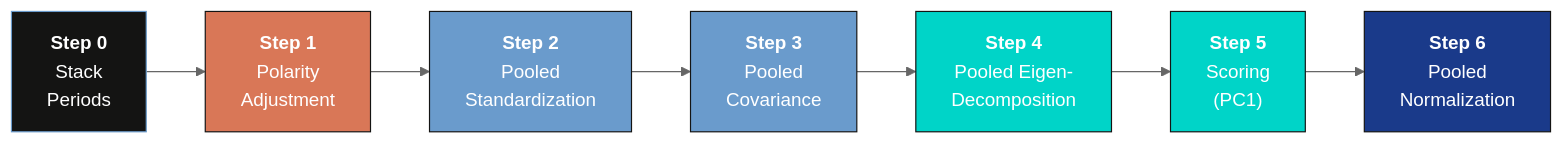
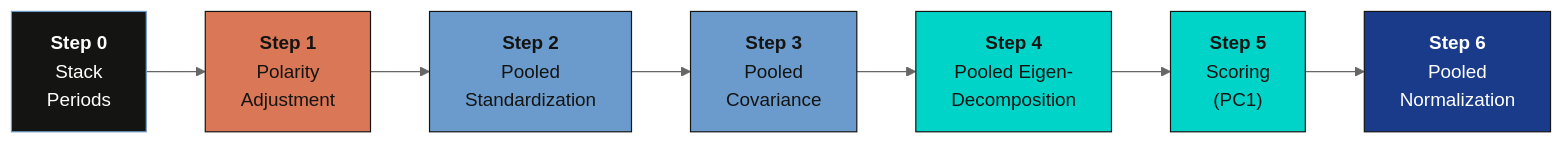
Before and after one commit to cmg777/starter-academic-v501: the diagram in content/post/python_pca2/index.md, drawn with Mermaid (neutral theme). The commit also changed 67 other files, not shown here.

First line of the commit message:
fix(mermaid): readable diagram text in both themes across the site

````diff
--- a/content/post/python_pca2/index.md
+++ b/content/post/python_pca2/index.md
@@ -242,17 +242,17 @@
 ```mermaid
 graph LR
     S["<b>Step 0</b><br/>Stack<br/>Periods"] --> A["<b>Step 1</b><br/>Polarity<br/>Adjustment"]
     A --> B["<b>Step 2</b><br/>Pooled<br/>Standardization"]
     B --> C["<b>Step 3</b><br/>Pooled<br/>Covariance"]
     C --> D["<b>Step 4</b><br/>Pooled Eigen-<br/>Decomposition"]
     D --> E["<b>Step 5</b><br/>Scoring<br/>(PC1)"]
     E --> F["<b>Step 6</b><br/>Pooled<br/>Normalization"]
 
     style S fill:#141413,stroke:#6a9bcc,color:#fff
-    style A fill:#d97757,stroke:#141413,color:#fff
-    style B fill:#6a9bcc,stroke:#141413,color:#fff
-    style C fill:#6a9bcc,stroke:#141413,color:#fff
-    style D fill:#00d4c8,stroke:#141413,color:#fff
-    style E fill:#00d4c8,stroke:#141413,color:#fff
+    style A fill:#d97757,stroke:#141413,color:#141413
+    style B fill:#6a9bcc,stroke:#141413,color:#141413
+    style C fill:#6a9bcc,stroke:#141413,color:#141413
+    style D fill:#00d4c8,stroke:#141413,color:#141413
+    style E fill:#00d4c8,stroke:#141413,color:#141413
     style F fill:#1a3a8a,stroke:#141413,color:#fff
 ```
````
